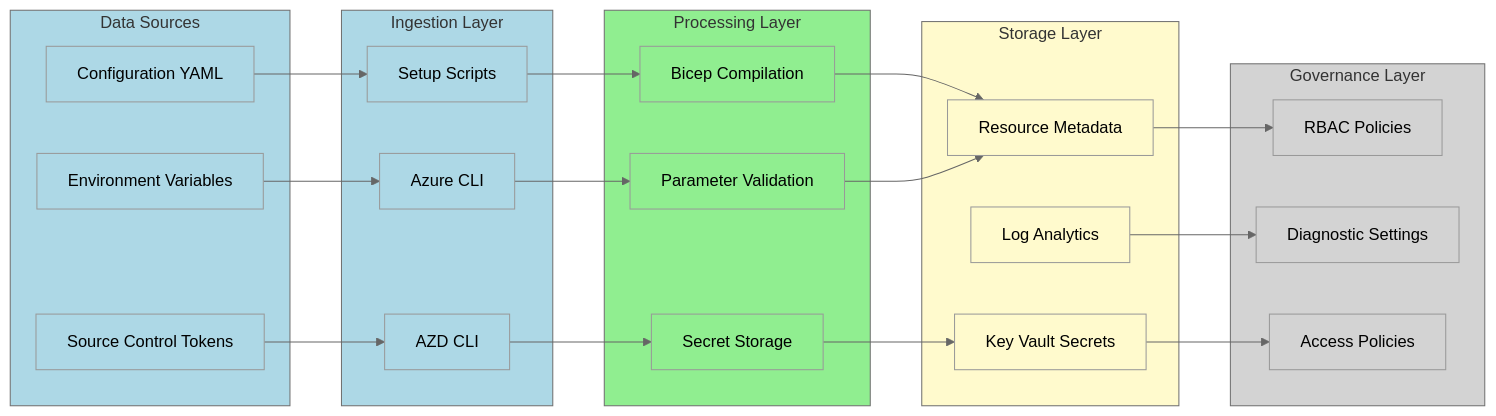
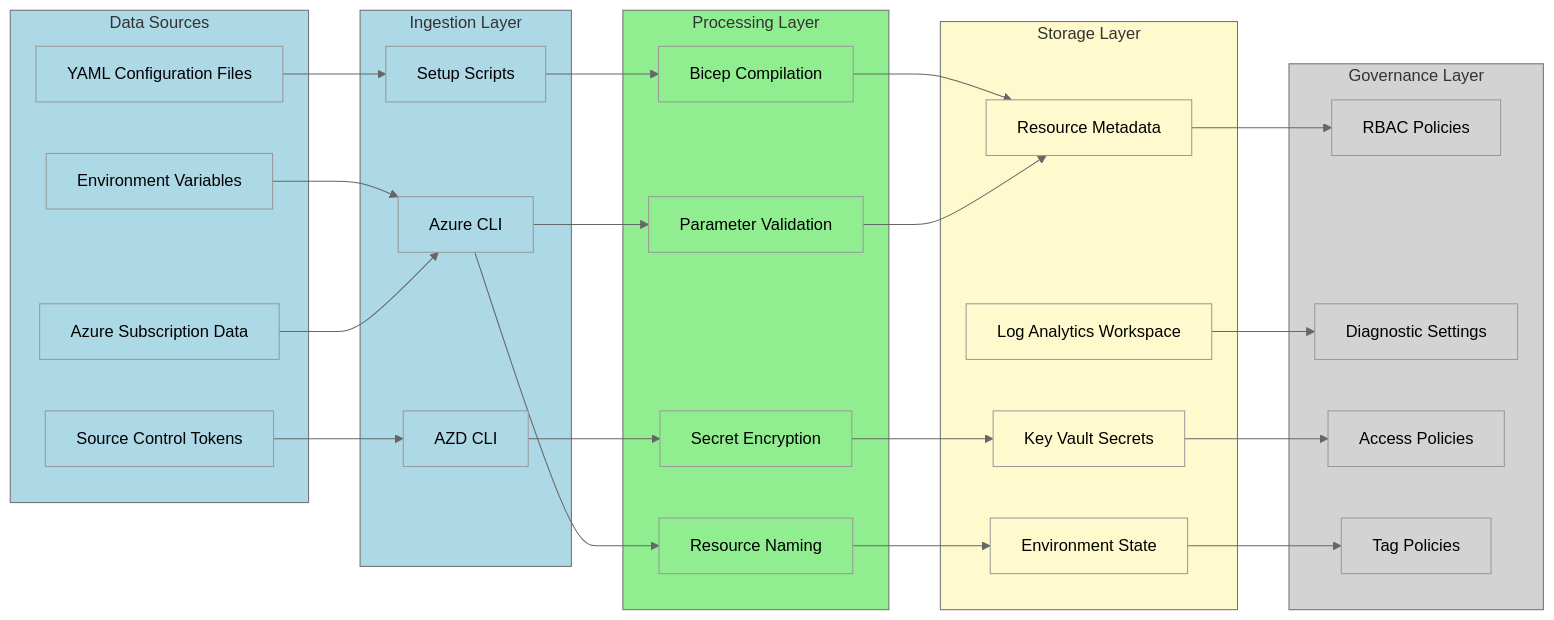
One commit to Evilazaro/DevExp-DevBox changed the third of 6 diagrams in README.md. Above: the diagram before and after it, drawn with Mermaid (neutral theme). The commit also changed other lines of this file, not shown here.

````diff
--- a/README.md
+++ b/README.md
@@ -108,69 +165,81 @@
 ```mermaid
 flowchart LR
     subgraph Sources[Data Sources]
-        S1[Configuration YAML]
+        S1[YAML Configuration Files]
         S2[Environment Variables]
         S3[Source Control Tokens]
+        S4[Azure Subscription Data]
     end
     
     subgraph Ingestion[Ingestion Layer]
         I1[Setup Scripts]
         I2[Azure CLI]
         I3[AZD CLI]
     end
     
     subgraph Processing[Processing Layer]
         P1[Bicep Compilation]
         P2[Parameter Validation]
-        P3[Secret Storage]
+        P3[Secret Encryption]
+        P4[Resource Naming]
     end
     
     subgraph Storage[Storage Layer]
         ST1[Key Vault Secrets]
-        ST2[Log Analytics]
+        ST2[Log Analytics Workspace]
         ST3[Resource Metadata]
+        ST4[Environment State]
     end
     
     subgraph Governance[Governance Layer]
         G1[RBAC Policies]
         G2[Diagnostic Settings]
         G3[Access Policies]
+        G4[Tag Policies]
     end
     
     S1 --> I1
     S2 --> I2
     S3 --> I3
+    S4 --> I2
     
     I1 --> P1
     I2 --> P2
     I3 --> P3
+    I2 --> P4
     
     P1 --> ST3
     P2 --> ST3
     P3 --> ST1
+    P4 --> ST4
     
     ST1 --> G3
     ST2 --> G2
     ST3 --> G1
+    ST4 --> G4
     
     style Sources fill:#ADD8E6
     style Ingestion fill:#ADD8E6
     style Processing fill:#90EE90
     style Storage fill:#FFFACD
     style Governance fill:#D3D3D3
     style S1 fill:#ADD8E6
     style S2 fill:#ADD8E6
     style S3 fill:#ADD8E6
+    style S4 fill:#ADD8E6
     style I1 fill:#ADD8E6
     style I2 fill:#ADD8E6
     style I3 fill:#ADD8E6
     style P1 fill:#90EE90
     style P2 fill:#90EE90
     style P3 fill:#90EE90
+    style P4 fill:#90EE90
     style ST1 fill:#FFFACD
     style ST2 fill:#FFFACD
     style ST3 fill:#FFFACD
+    style ST4 fill:#FFFACD
     style G1 fill:#D3D3D3
     style G2 fill:#D3D3D3
     style G3 fill:#D3D3D3
+    style G4 fill:#D3D3D3
 ```
````
